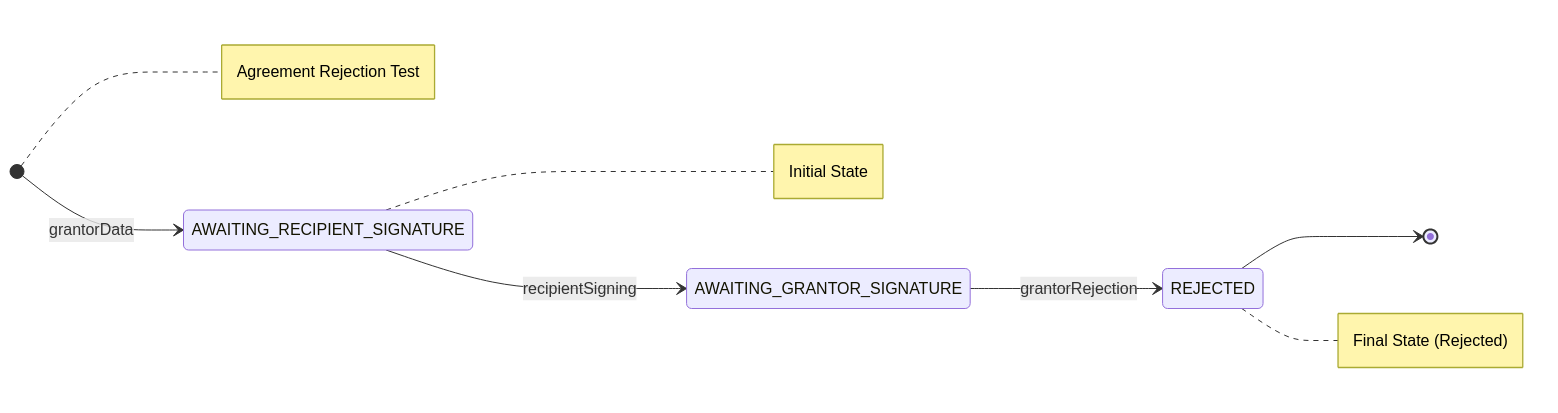
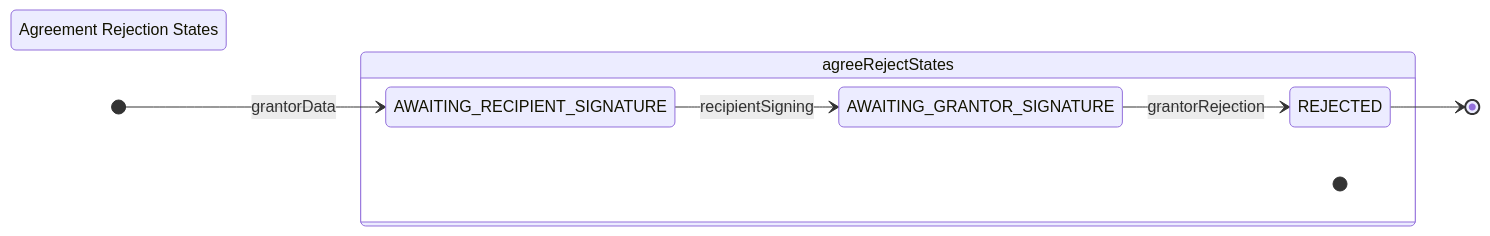
One commit to Consensys-Network-State/signet-execution-prototype changed the fourth of 5 diagrams in lua-actor/src/dfsm-with-tx.md. Above: the diagram before and after it, drawn with Mermaid. The commit also changed other lines of this file, not shown here.

````diff
--- a/lua-actor/src/dfsm-with-tx.md
+++ b/lua-actor/src/dfsm-with-tx.md
@@ -58,12 +83,18 @@
 ```mermaid
 stateDiagram-v2
     direction LR
+    
+    state "Agreement Rejection States" as agreeRejectStates #LightGreen
+    
     [*] --> AWAITING_RECIPIENT_SIGNATURE: grantorData
     AWAITING_RECIPIENT_SIGNATURE --> AWAITING_GRANTOR_SIGNATURE: recipientSigning
     AWAITING_GRANTOR_SIGNATURE --> REJECTED: grantorRejection
     REJECTED --> [*]
     
-    note right of [*]: Agreement Rejection Test
-    note right of AWAITING_RECIPIENT_SIGNATURE: Initial State
-    note right of REJECTED: Final State (Rejected)
+    state agreeRejectStates {
+        [*]
+        AWAITING_RECIPIENT_SIGNATURE
+        AWAITING_GRANTOR_SIGNATURE
+        REJECTED
+    }
 ```
````
